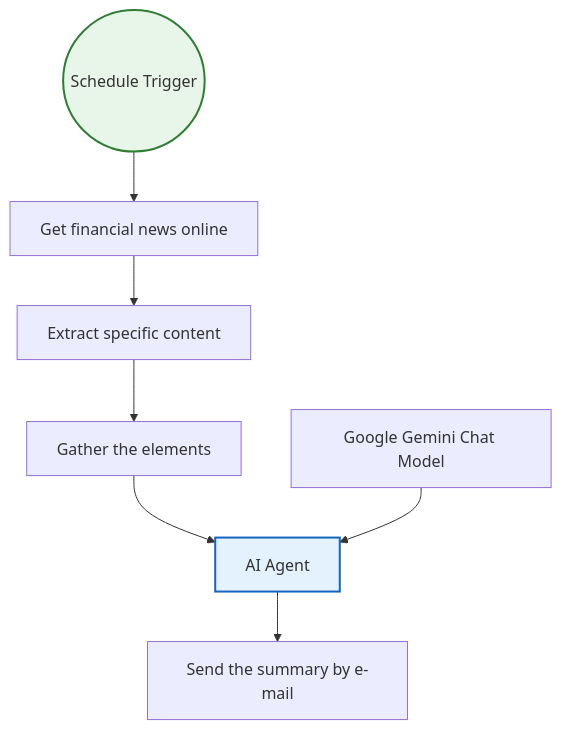
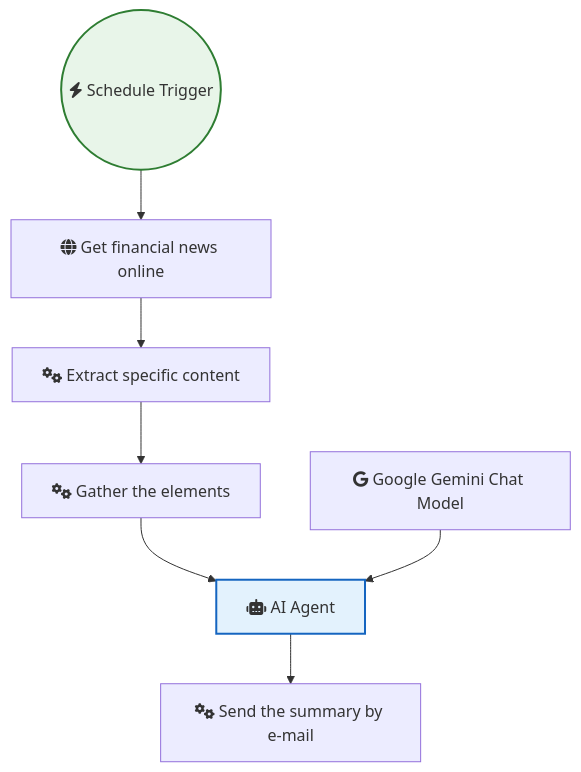
One commit to sreyash3105/N8N-DEMO-AUTOMATIONS changed the diagram in Gmail_and_Email_Automation/Receive Daily Market News From Ft Com to Your Microsoft Outlook Inbox.md. Above: the diagram before and after it, drawn with Mermaid. The commit also changed 291 other files, not shown here.

````diff
--- a/Gmail_and_Email_Automation/Receive Daily Market News From Ft Com to Your Microsoft Outlook Inbox.md
+++ b/Gmail_and_Email_Automation/Receive Daily Market News From Ft Com to Your Microsoft Outlook Inbox.md
@@ -1,21 +1,21 @@
 ```mermaid
 graph TD
     classDef trigger fill:#e8f5e9,stroke:#2e7d32,stroke-width:2px;
     classDef ai fill:#e3f2fd,stroke:#1565c0,stroke-width:2px;
     classDef logic fill:#fff3e0,stroke:#ef6c00,stroke-width:2px;
 
-    Extract_specific_content["Extract specific content"]
-    Get_financial_news_online["Get financial news online"]
-    Schedule_Trigger(("Schedule Trigger")):::trigger
-    Google_Gemini_Chat_Model["Google Gemini Chat Model"]
-    Gather_the_elements["Gather the elements"]
-    AI_Agent["AI Agent"]:::ai
-    Send_the_summary_by_e_mail["Send the summary by e-mail"]
+    Extract_specific_content["fas:fa-cogs Extract specific content"]
+    Get_financial_news_online["fas:fa-globe Get financial news online"]
+    Schedule_Trigger(("fas:fa-bolt Schedule Trigger")):::trigger
+    Google_Gemini_Chat_Model["fab:fa-google Google Gemini Chat Model"]
+    Gather_the_elements["fas:fa-cogs Gather the elements"]
+    AI_Agent["fas:fa-robot AI Agent"]:::ai
+    Send_the_summary_by_e_mail["fas:fa-cogs Send the summary by e-mail"]
 
     AI_Agent --> Send_the_summary_by_e_mail
     Schedule_Trigger --> Get_financial_news_online
     Gather_the_elements --> AI_Agent
     Extract_specific_content --> Gather_the_elements
     Google_Gemini_Chat_Model --> AI_Agent
     Get_financial_news_online --> Extract_specific_content
 ```
````
